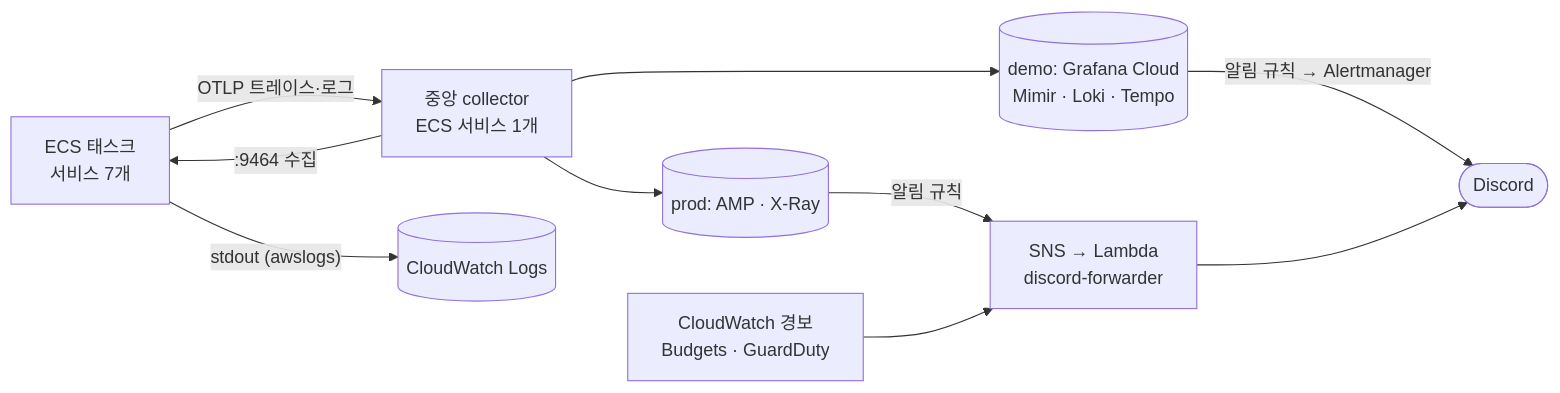
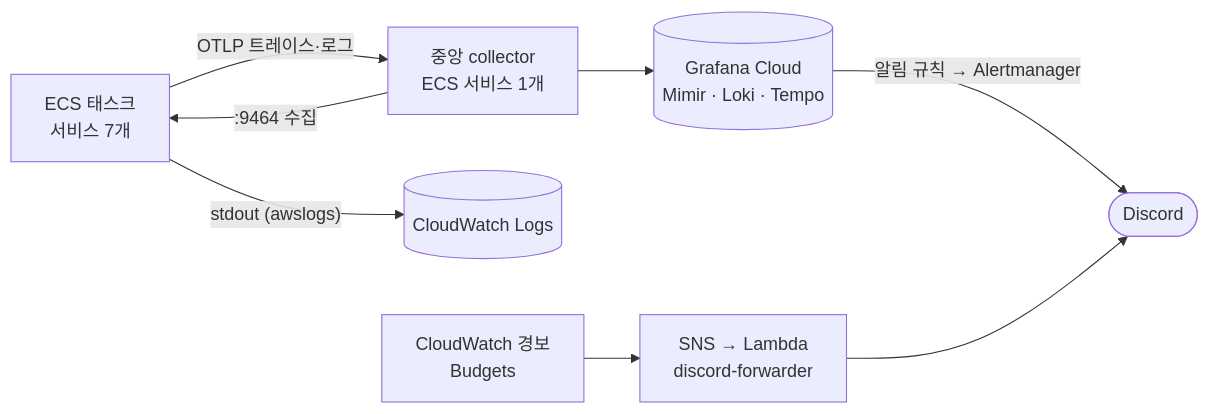
The second of 3 diagrams in .docs/spec/008-observability-spec.md (rivertw777/ModuDrive-API), drawn with Mermaid before and after one commit. The commit also changed other lines of this file and 8 other files, not shown here.

````diff
--- a/.docs/spec/008-observability-spec.md
+++ b/.docs/spec/008-observability-spec.md
@@ -77,21 +77,18 @@
 ```mermaid
 flowchart LR
     S["ECS 태스크<br/>서비스 7개"]
     C["중앙 collector<br/>ECS 서비스 1개"]
-    GC[("demo: Grafana Cloud<br/>Mimir · Loki · Tempo")]
-    AWS[("prod: AMP · X-Ray")]
+    GC[("Grafana Cloud<br/>Mimir · Loki · Tempo")]
     CW[("CloudWatch Logs")]
-    ALM["CloudWatch 경보<br/>Budgets · GuardDuty"]
+    ALM["CloudWatch 경보<br/>Budgets"]
     SNS["SNS → Lambda<br/>discord-forwarder"]
     D(["Discord"])
 
     C -- ":9464 수집" --> S
     S -- "OTLP 트레이스·로그" --> C
     C --> GC
-    C --> AWS
     S -- "stdout (awslogs)" --> CW
     GC -- "알림 규칙 → Alertmanager" --> D
-    AWS -- "알림 규칙" --> SNS
     ALM --> SNS
     SNS --> D
 ```
````
